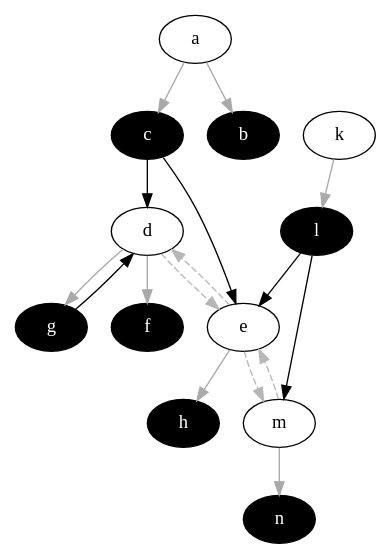
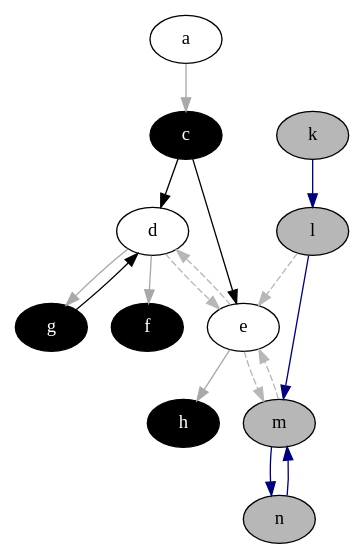
The diagram in XLoKR-2023/vanilla_version/output/kernel_graph_colored.dot (idaks/Games-and-Argumentation), drawn with Graphviz before and after one commit. The commit also changed 12 other files, not shown here.

```diff
--- a/XLoKR-2023/vanilla_version/output/kernel_graph_colored.dot
+++ b/XLoKR-2023/vanilla_version/output/kernel_graph_colored.dot
@@ -1,69 +1,65 @@
 strict digraph "" {
 	a	[fillcolor="#ffffff",
 		style=filled];
-	b	[fillcolor="#000000",
-		fontcolor="#ffffff",
-		style=filled];
-	a -> b	[color="#A9A9A9",
-		dir=forward];
 	c	[fillcolor="#000000",
 		fontcolor="#ffffff",
 		style=filled];
 	a -> c	[color="#A9A9A9",
 		dir=forward];
 	d	[fillcolor="#ffffff",
 		style=filled];
 	c -> d	[color="#000000",
 		dir=forward];
 	e	[fillcolor="#ffffff",
 		style=filled];
 	c -> e	[color="#000000",
 		dir=forward];
 	d -> e	[color="#b7b7b7",
 		dir=forward,
 		style=dashed];
 	f	[fillcolor="#000000",
 		fontcolor="#ffffff",
 		style=filled];
 	d -> f	[color="#A9A9A9",
 		dir=forward];
 	g	[fillcolor="#000000",
 		fontcolor="#ffffff",
 		style=filled];
 	d -> g	[color="#A9A9A9",
 		dir=forward];
 	e -> d	[color="#b7b7b7",
 		dir=forward,
 		style=dashed];
-	m	[fillcolor="#ffffff",
+	m	[fillcolor="#b7b7b7",
 		style=filled];
 	e -> m	[color="#b7b7b7",
 		dir=forward,
 		style=dashed];
 	h	[fillcolor="#000000",
 		fontcolor="#ffffff",
 		style=filled];
 	e -> h	[color="#A9A9A9",
 		dir=forward];
-	k	[fillcolor="#ffffff",
+	k	[fillcolor="#b7b7b7",
 		style=filled];
-	l	[fillcolor="#000000",
-		fontcolor="#ffffff",
+	l	[fillcolor="#b7b7b7",
 		style=filled];
-	k -> l	[color="#A9A9A9",
+	k -> l	[color="#000080",
 		dir=forward];
-	l -> e	[color="#000000",
-		dir=forward];
-	l -> m	[color="#000000",
+	l -> e	[color="#b7b7b7",
+		dir=forward,
+		style=dashed];
+	l -> m	[color="#000080",
 		dir=forward];
 	m -> e	[color="#b7b7b7",
 		dir=forward,
 		style=dashed];
-	n	[fillcolor="#000000",
-		fontcolor="#ffffff",
+	n	[fillcolor="#b7b7b7",
 		style=filled];
-	m -> n	[color="#A9A9A9",
+	m -> n	[color="#000080",
 		dir=forward];
 	g -> d	[color="#000000",
 		dir=forward];
+	n -> m	[color="#000080",
+		dir=forward];
 }
```
